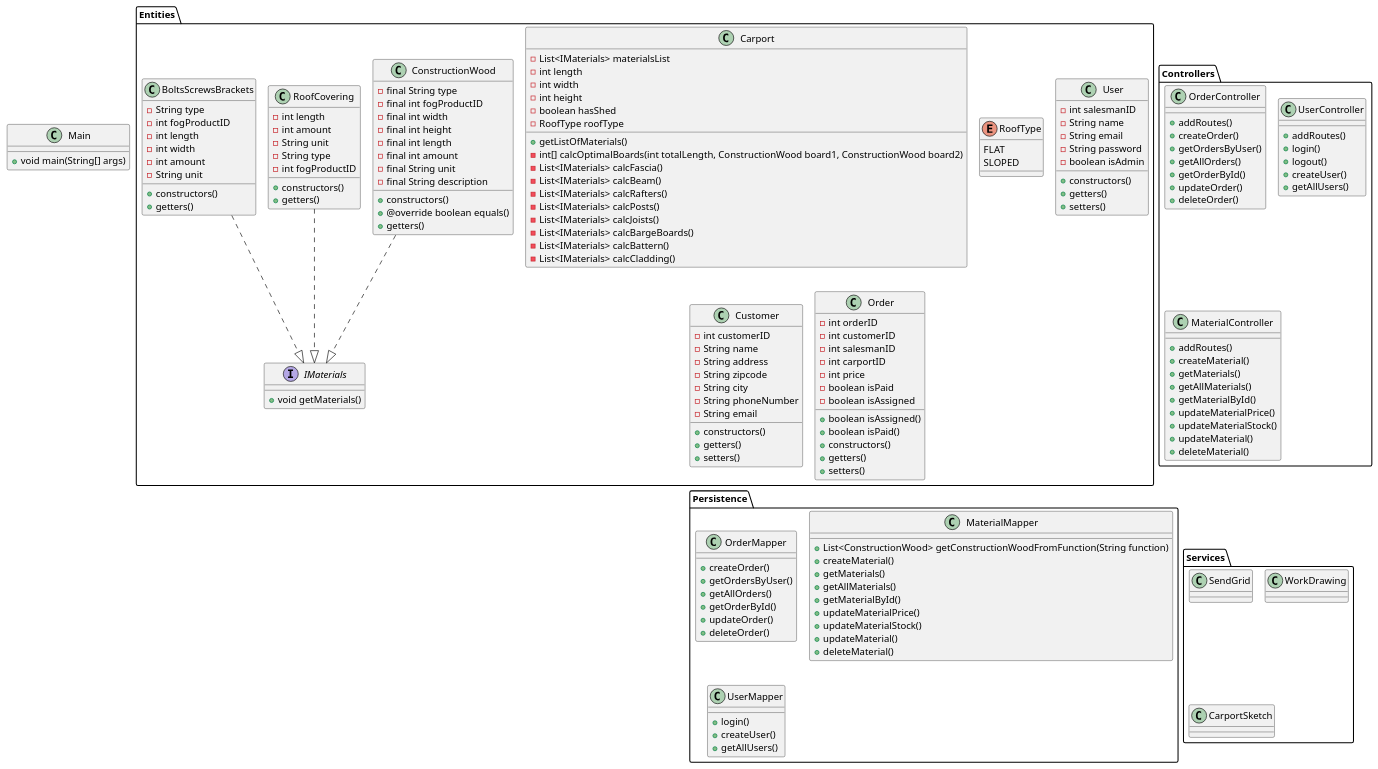
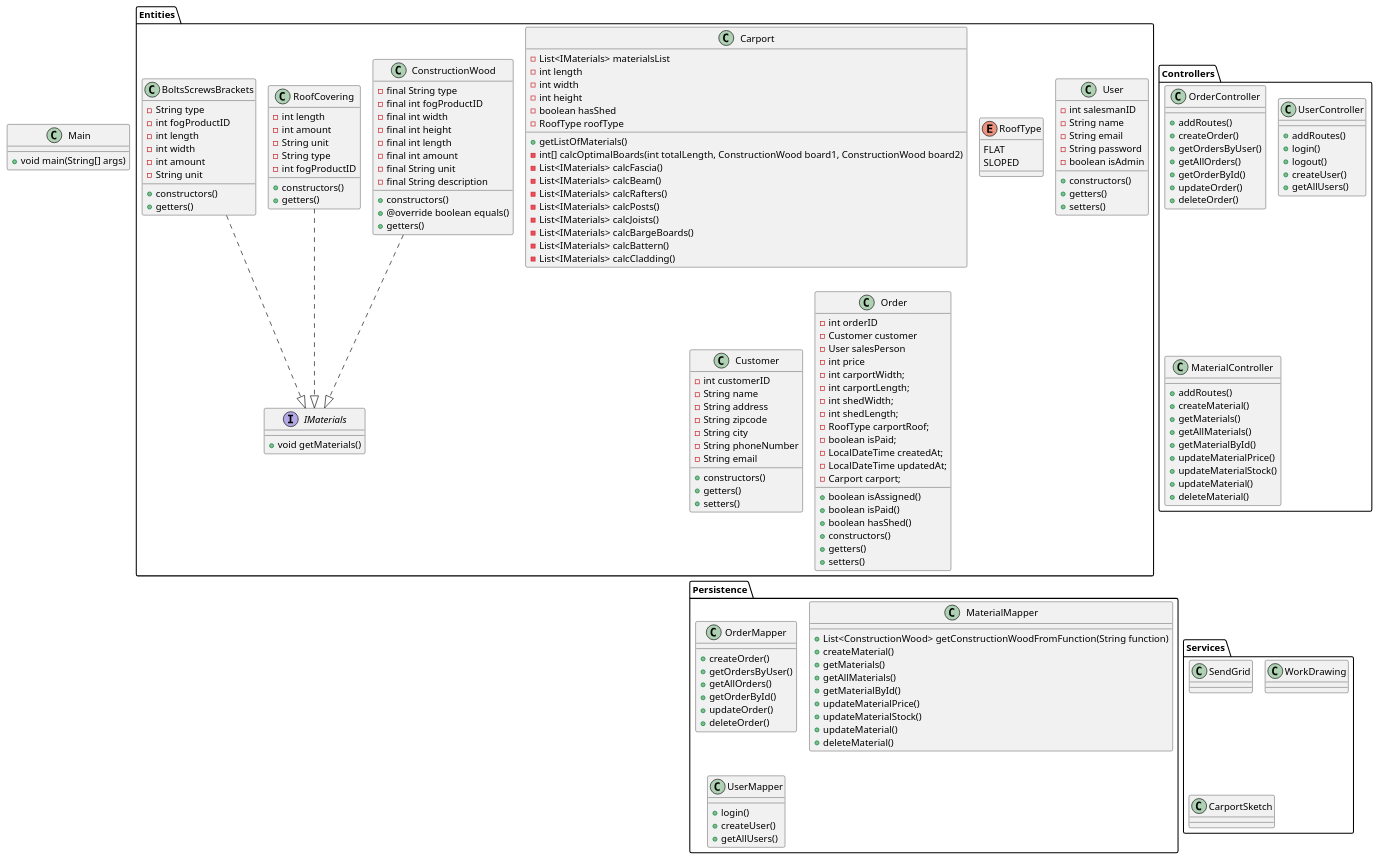
The diagram in docs/ClassDiagram.puml (AndyTheDragon/Fog-projektet), drawn with PlantUML before and after one commit.

Commit message:
ønsker til ændringer af Order klassen rettet i klassediagrammet

```diff
--- a/docs/ClassDiagram.puml
+++ b/docs/ClassDiagram.puml
@@ -71,14 +71,21 @@
 class Order
 {
 - int orderID
-- int customerID
-- int salesmanID
-- int carportID
+- Customer customer
+- User salesPerson
 - int price
-- boolean isPaid
-- boolean isAssigned
+- int carportWidth;
+- int carportLength;
+- int shedWidth;
+- int shedLength;
+- RoofType carportRoof;
+- boolean isPaid;
+- LocalDateTime createdAt;
+- LocalDateTime updatedAt;
+- Carport carport;
 + boolean isAssigned()
 + boolean isPaid()
++ boolean hasShed()
 + constructors()
 + getters()
 + setters()
```
